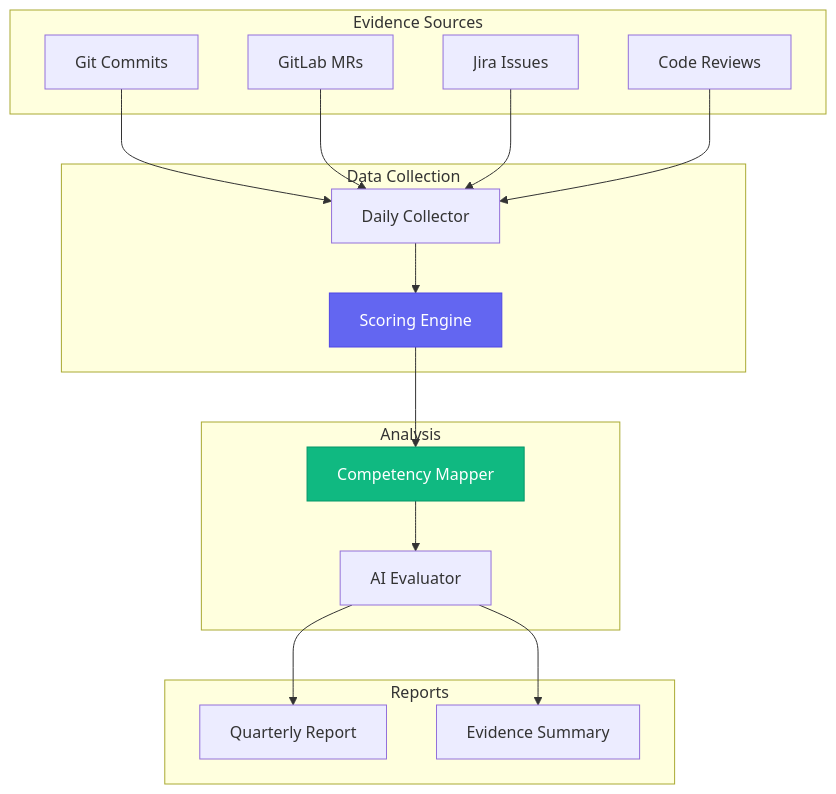
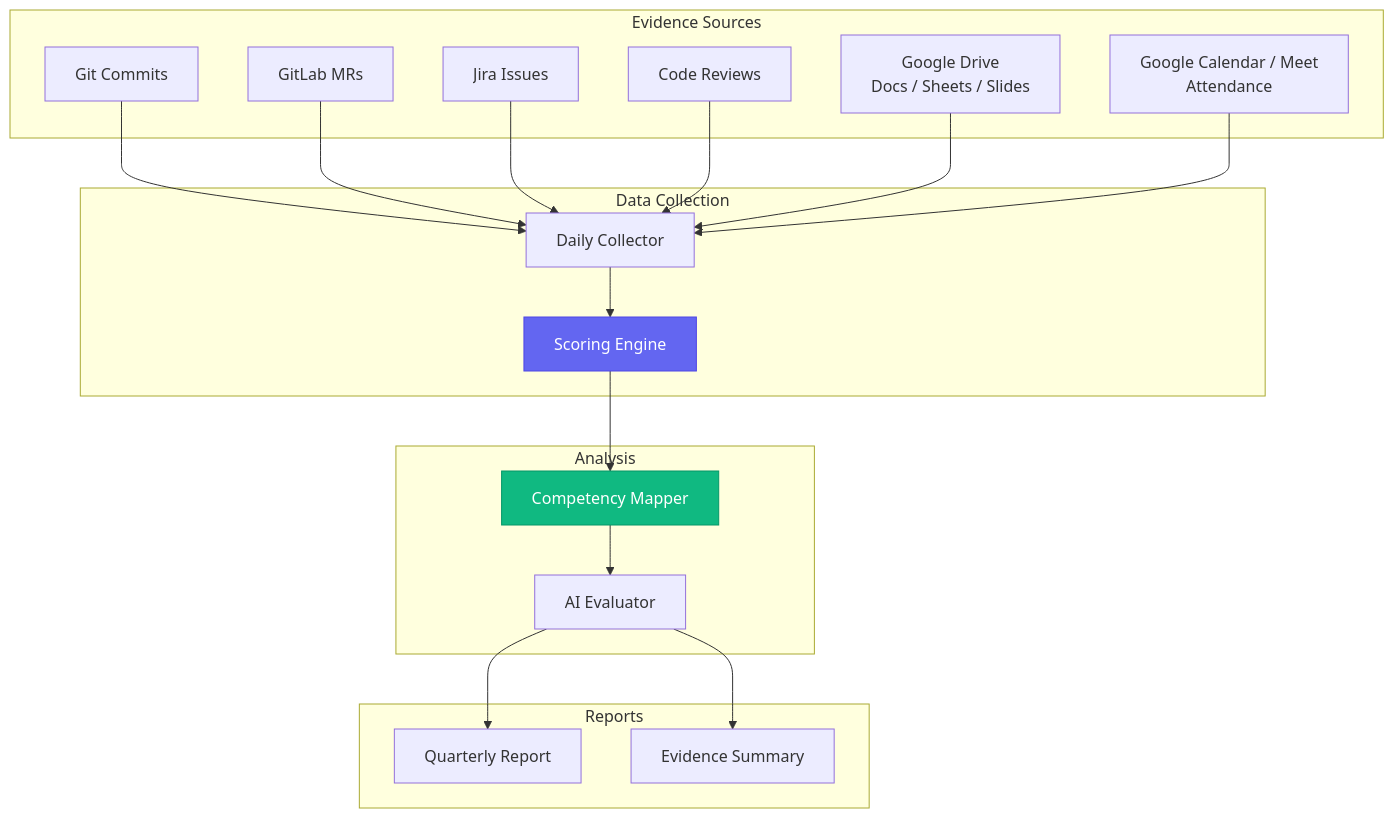
One commit to dmzoneill/redhat-ai-workflow changed the first of 7 diagrams in docs/tool-modules/performance.md. Above: the diagram before and after it, drawn with Mermaid. The commit also changed other lines of this file and 75 other files, not shown here.

````diff
--- a/docs/tool-modules/performance.md
+++ b/docs/tool-modules/performance.md
@@ -15,38 +15,42 @@
 ```mermaid
 graph TB
     subgraph Sources["Evidence Sources"]
         GIT[Git Commits]
         GITLAB[GitLab MRs]
         JIRA[Jira Issues]
         REVIEWS[Code Reviews]
+        GDRIVE[Google Drive<br/>Docs / Sheets / Slides]
+        CALENDAR[Google Calendar / Meet<br/>Attendance]
     end
 
     subgraph Collection["Data Collection"]
         DAILY[Daily Collector]
         SCORING[Scoring Engine]
     end
 
     subgraph Analysis["Analysis"]
         MAPPING[Competency Mapper]
         EVAL[AI Evaluator]
     end
 
     subgraph Output["Reports"]
         QUARTERLY[Quarterly Report]
         EVIDENCE[Evidence Summary]
     end
 
     GIT --> DAILY
     GITLAB --> DAILY
     JIRA --> DAILY
     REVIEWS --> DAILY
+    GDRIVE --> DAILY
+    CALENDAR --> DAILY
 
     DAILY --> SCORING
     SCORING --> MAPPING
     MAPPING --> EVAL
     EVAL --> QUARTERLY
     EVAL --> EVIDENCE
 
     style SCORING fill:#6366f1,stroke:#4f46e5,color:#fff
     style MAPPING fill:#10b981,stroke:#059669,color:#fff
 ```
````
